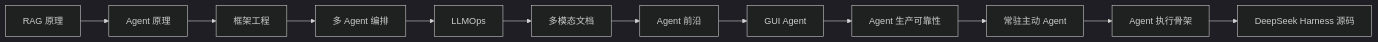
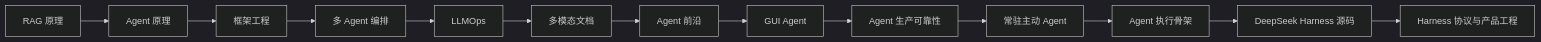
The diagram in README.md (Llama-Alpaca/agent-engineering), drawn with Mermaid (dark theme) before and after one commit. The commit also changed other lines of this file and 46 other files, not shown here.

Commit message:
feat(course): add DeepSeek Harness advanced course

````diff
--- a/README.md
+++ b/README.md
@@ -68,5 +68,5 @@
 ```mermaid
 flowchart LR
     A["RAG 原理"] --> B["Agent 原理"] --> C["框架工程"] --> D["多 Agent 编排"]
-    D --> E["LLMOps"] --> F["多模态文档"] --> G["Agent 前沿"] --> H["GUI Agent"] --> I["Agent 生产可靠性"] --> J["常驻主动 Agent"] --> K["Agent 执行骨架"] --> L["DeepSeek Harness 源码"]
+    D --> E["LLMOps"] --> F["多模态文档"] --> G["Agent 前沿"] --> H["GUI Agent"] --> I["Agent 生产可靠性"] --> J["常驻主动 Agent"] --> K["Agent 执行骨架"] --> L["DeepSeek Harness 源码"] --> M["Harness 协议与产品工程"]
 ```
````
